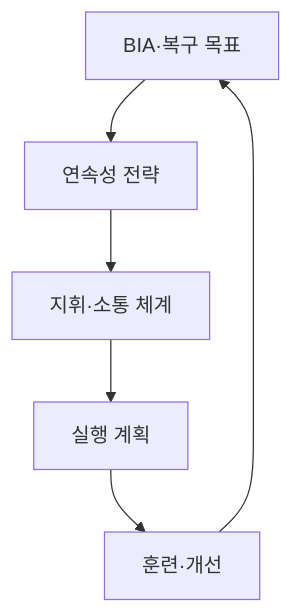
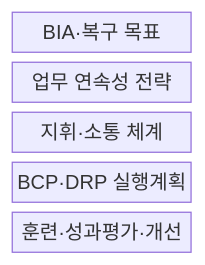
The first of 2 diagrams in src/content/docs/notes/05-security/110_business_continuity_plan.md (agnusdei1207/knowledge-base), drawn with Mermaid before and after one commit. The commit also changed other lines of this file and 6 other files, not shown here.

````diff
--- a/src/content/docs/notes/05-security/110_business_continuity_plan.md
+++ b/src/content/docs/notes/05-security/110_business_continuity_plan.md
@@ -56,8 +55,9 @@
 ```mermaid
-flowchart TB
-  B["BIA·복구 목표"] --> S["연속성 전략"]
-  S --> C["지휘·소통 체계"]
-  C --> P["실행 계획"]
-  P --> T["훈련·개선"]
-  T --> B
+block-beta
+  columns 1
+  B["BIA·복구 목표"]
+  S["업무 연속성 전략"]
+  C["지휘·소통 체계"]
+  P["BCP·DRP 실행계획"]
+  T["훈련·성과평가·개선"]
 ```
````
